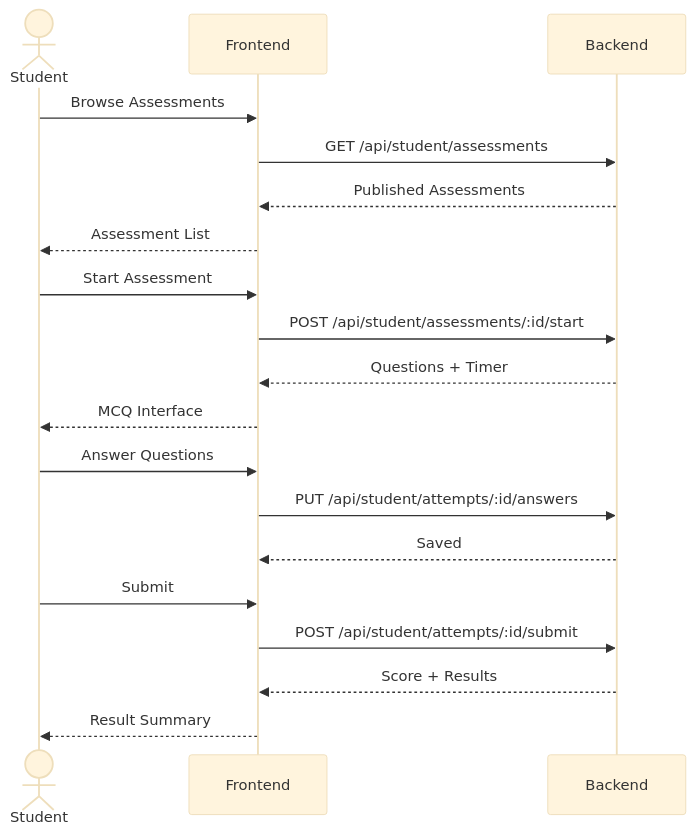
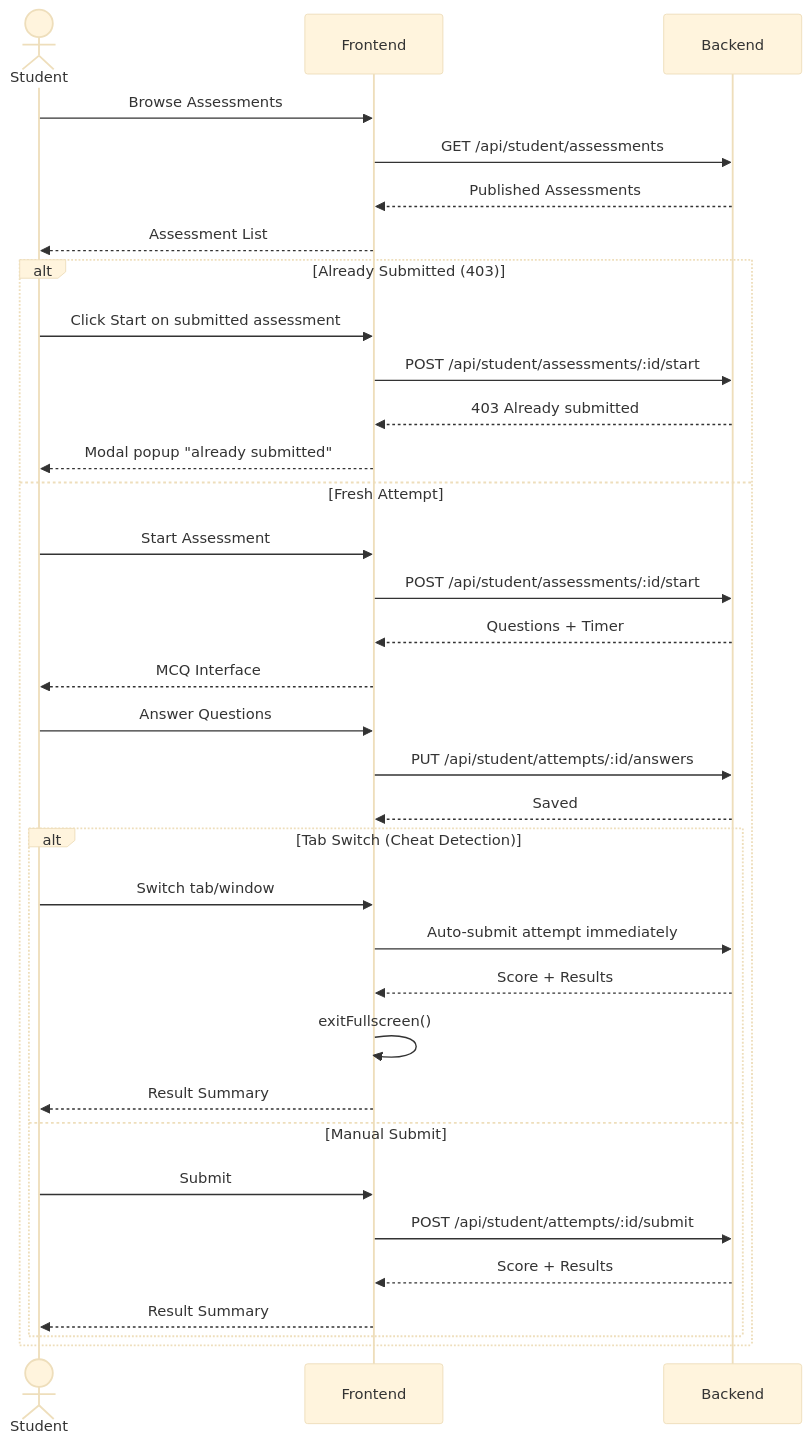
Before and after one commit to edvolve07/Edvolve: the sixth of 8 diagrams in README.md, drawn with Mermaid. The commit also changed other lines of this file and 25 other files, not shown here.

````diff
--- a/README.md
+++ b/README.md
@@ -156,26 +156,41 @@
 ```mermaid
 %%{init: {'theme': 'base', 'themeVariables': {'fontSize': '28px'}}}%%
 sequenceDiagram
     actor Student
     participant FE as Frontend
     participant BE as Backend
 
     Student->>FE: Browse Assessments
     FE->>BE: GET /api/student/assessments
     BE-->>FE: Published Assessments
     FE-->>Student: Assessment List
 
-    Student->>FE: Start Assessment
-    FE->>BE: POST /api/student/assessments/:id/start
-    BE-->>FE: Questions + Timer
-    FE-->>Student: MCQ Interface
+    alt Already Submitted (403)
+        Student->>FE: Click Start on submitted assessment
+        FE->>BE: POST /api/student/assessments/:id/start
+        BE-->>FE: 403 Already submitted
+        FE-->>Student: Modal popup "already submitted"
+    else Fresh Attempt
+        Student->>FE: Start Assessment
+        FE->>BE: POST /api/student/assessments/:id/start
+        BE-->>FE: Questions + Timer
+        FE-->>Student: MCQ Interface
 
-    Student->>FE: Answer Questions
-    FE->>BE: PUT /api/student/attempts/:id/answers
-    BE-->>FE: Saved
+        Student->>FE: Answer Questions
+        FE->>BE: PUT /api/student/attempts/:id/answers
+        BE-->>FE: Saved
 
-    Student->>FE: Submit
-    FE->>BE: POST /api/student/attempts/:id/submit
-    BE-->>FE: Score + Results
-    FE-->>Student: Result Summary
+        alt Tab Switch (Cheat Detection)
+            Student->>FE: Switch tab/window
+            FE->>BE: Auto-submit attempt immediately
+            BE-->>FE: Score + Results
+            FE->>FE: exitFullscreen()
+            FE-->>Student: Result Summary
+        else Manual Submit
+            Student->>FE: Submit
+            FE->>BE: POST /api/student/attempts/:id/submit
+            BE-->>FE: Score + Results
+            FE-->>Student: Result Summary
+        end
+    end
 ```
````
